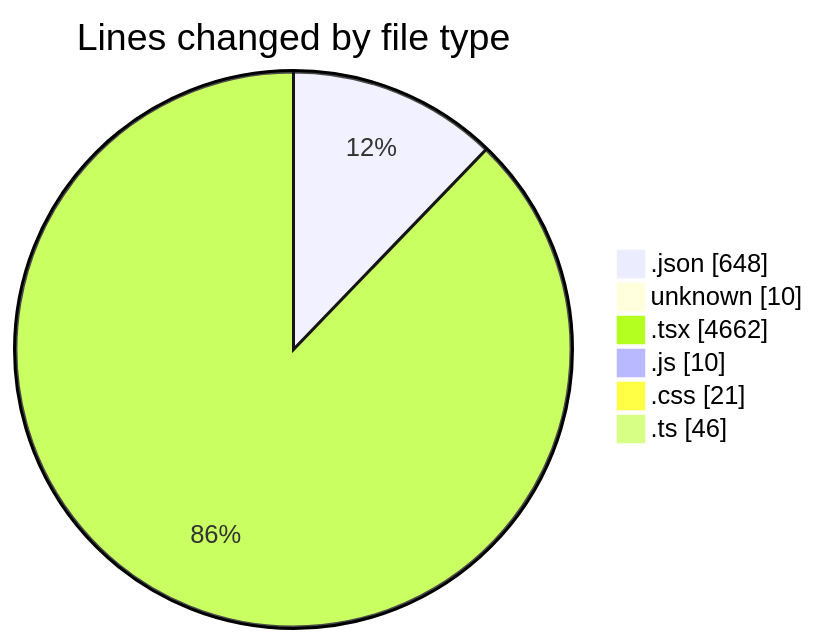
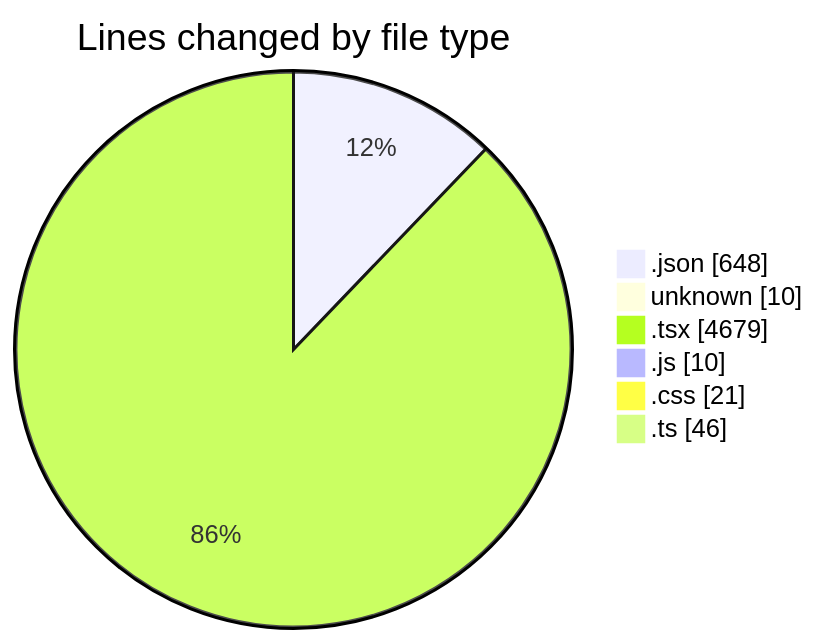
The first of 2 diagrams in 2025-05-02/niten/README.md (Elitesun/code-tracking), drawn with Mermaid before and after one commit. The commit also changed other lines of this file and 1 other file, not shown here.

````diff
--- a/2025-05-02/niten/README.md
+++ b/2025-05-02/niten/README.md
@@ -63,10 +63,10 @@
 ```mermaid
 pie showData
 title Lines changed by file type
 ".json" : 648
 "unknown" : 10
-".tsx" : 4662
+".tsx" : 4679
 ".js" : 10
 ".css" : 21
 ".ts" : 46
 ```
````
